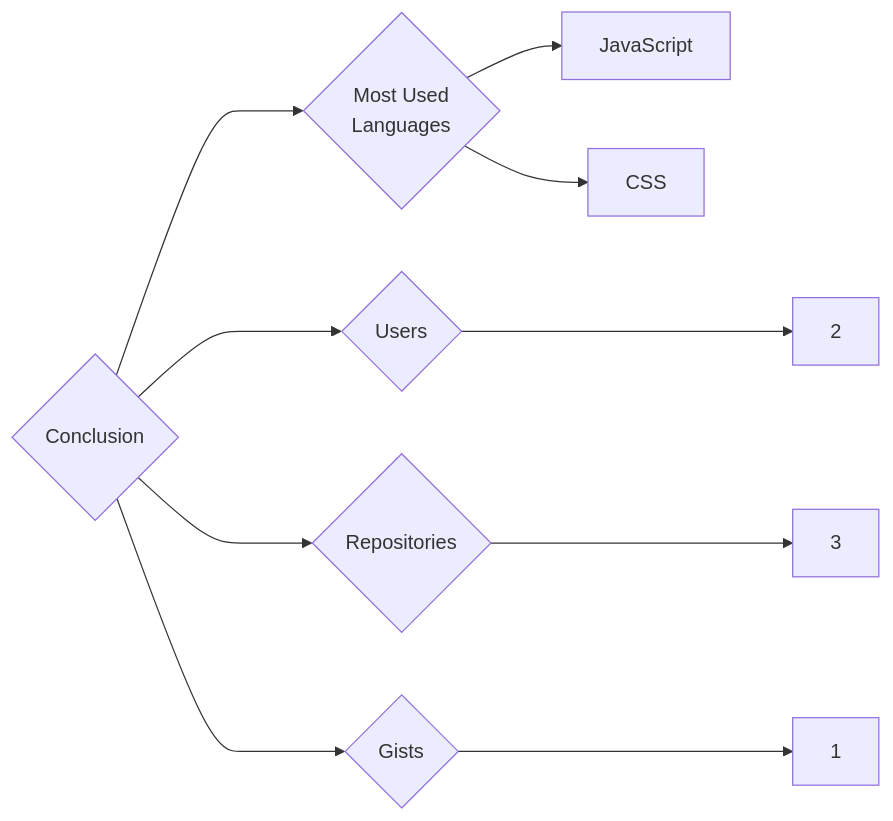
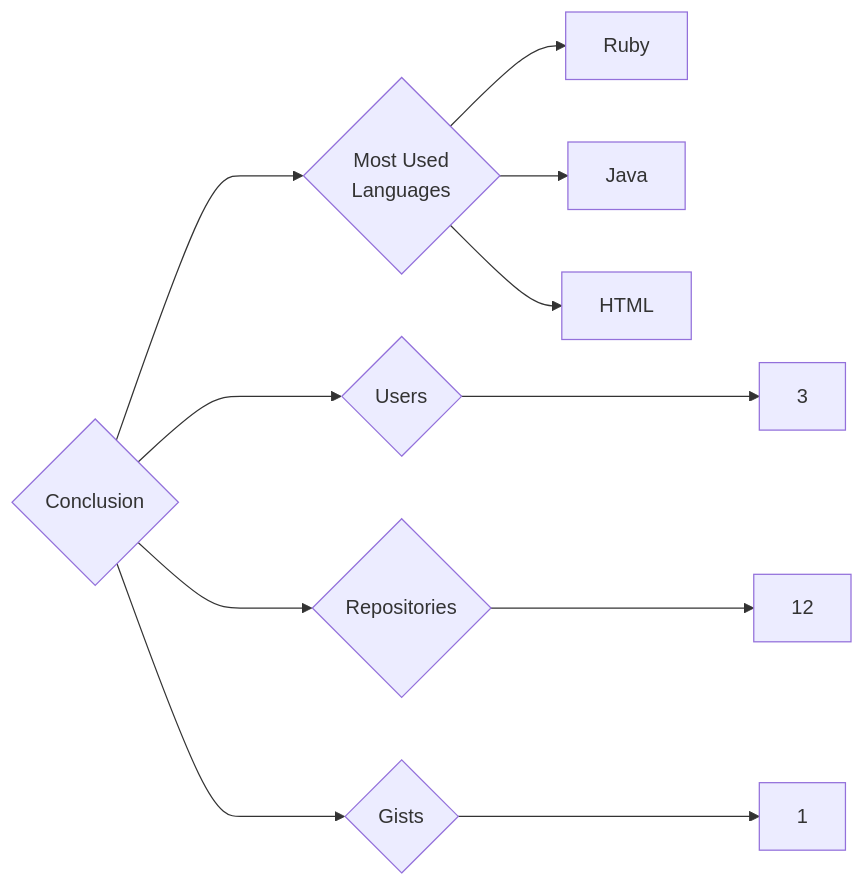
The diagram in targets/Conclusion/README.md (trickest/insiders), drawn with Mermaid before and after one commit. The commit also changed 938 other files, not shown here.

````diff
--- a/targets/Conclusion/README.md
+++ b/targets/Conclusion/README.md
@@ -3,10 +3,11 @@
 ```mermaid
 graph LR
 COMPANY_NAME{Conclusion}
-COMPANY_NAME ---> U{Users} ---> UN[2]
-COMPANY_NAME ---> R{Repositories} ---> RN[3]
+COMPANY_NAME ---> U{Users} ---> UN[3]
+COMPANY_NAME ---> R{Repositories} ---> RN[12]
 COMPANY_NAME ---> G{Gists} ---> GN[1]
 COMPANY_NAME ---> ML{Most Used<br>Languages}
-ML --> JavaScript[JavaScript]
-ML --> CSS[CSS]
+ML --> Ruby[Ruby]
+ML --> Java[Java]
+ML --> HTML[HTML]
 ```
````
